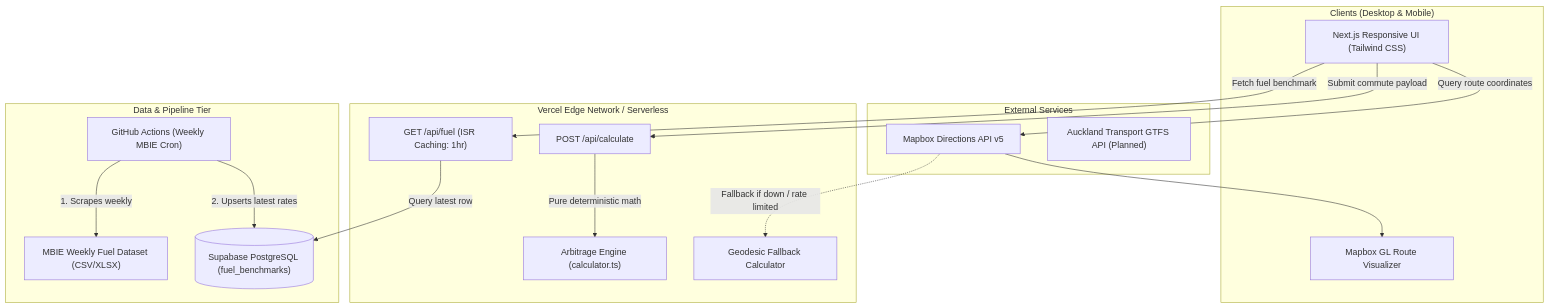
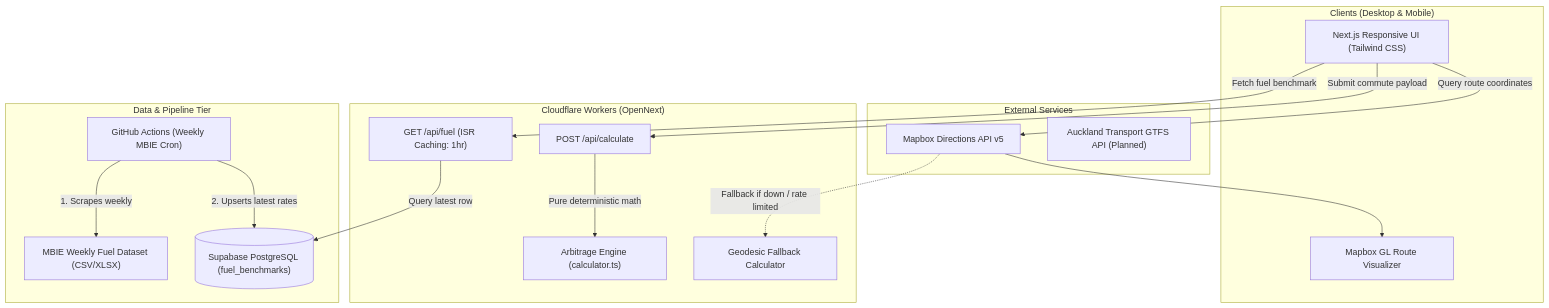
The first of 2 diagrams in docs/SYSTEM_DESIGN.md (casayurannick-svg/kiwi-commuter), drawn with Mermaid before and after one commit. The commit also changed other lines of this file and 8 other files, not shown here.

First line of the commit message:
docs: hosting is Cloudflare Workers, not Vercel (#16)

````diff
--- a/docs/SYSTEM_DESIGN.md
+++ b/docs/SYSTEM_DESIGN.md
@@ -43,38 +43,38 @@
 ```mermaid
 flowchart TD
     subgraph Clients["Clients (Desktop & Mobile)"]
         UI["Next.js Responsive UI (Tailwind CSS)"]
         MapUI["Mapbox GL Route Visualizer"]
     end
 
-    subgraph VercelEdge["Vercel Edge Network / Serverless"]
+    subgraph CFWorkers["Cloudflare Workers (OpenNext)"]
         APICalc["POST /api/calculate"]
         APIFuel["GET /api/fuel (ISR Caching: 1hr)"]
         MathEngine["Arbitrage Engine (calculator.ts)"]
         GeodesicEngine["Geodesic Fallback Calculator"]
     end
 
     subgraph DataTier["Data & Pipeline Tier"]
         GHAction["GitHub Actions (Weekly MBIE Cron)"]
         MBIE["MBIE Weekly Fuel Dataset (CSV/XLSX)"]
         Supabase[("Supabase PostgreSQL (fuel_benchmarks)")]
     end
 
     subgraph ThirdParty["External Services"]
         MapboxAPI["Mapbox Directions API v5"]
         ATAPI["Auckland Transport GTFS API (Planned)"]
     end
 
     %% Ingestion flow
     GHAction -- "1. Scrapes weekly" --> MBIE
     GHAction -- "2. Upserts latest rates" --> Supabase
 
     %% Query flows
     UI -- "Fetch fuel benchmark" --> APIFuel
     APIFuel -- "Query latest row" --> Supabase
     UI -- "Submit commute payload" --> APICalc
     APICalc -- "Pure deterministic math" --> MathEngine
     UI -- "Query route coordinates" --> MapboxAPI
     MapboxAPI -. "Fallback if down / rate limited" .-> GeodesicEngine
     MapboxAPI --> MapUI
 ```
````
